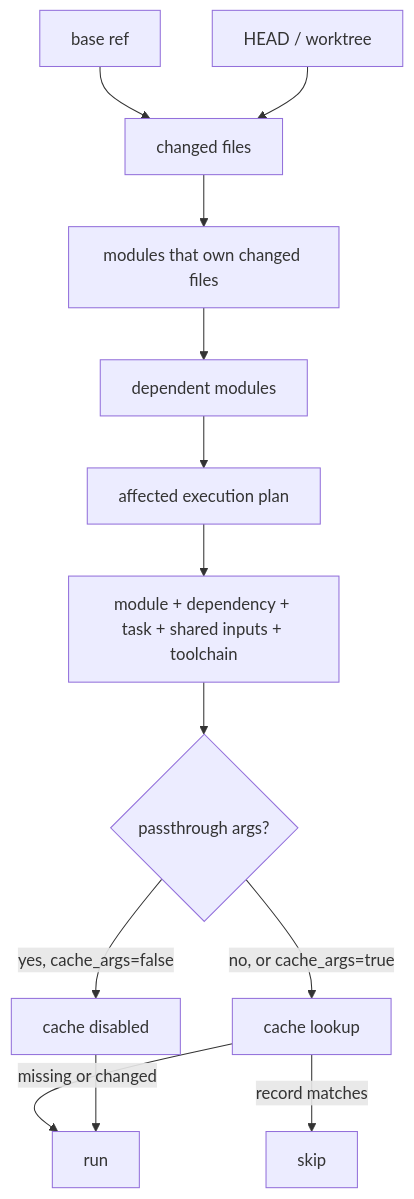
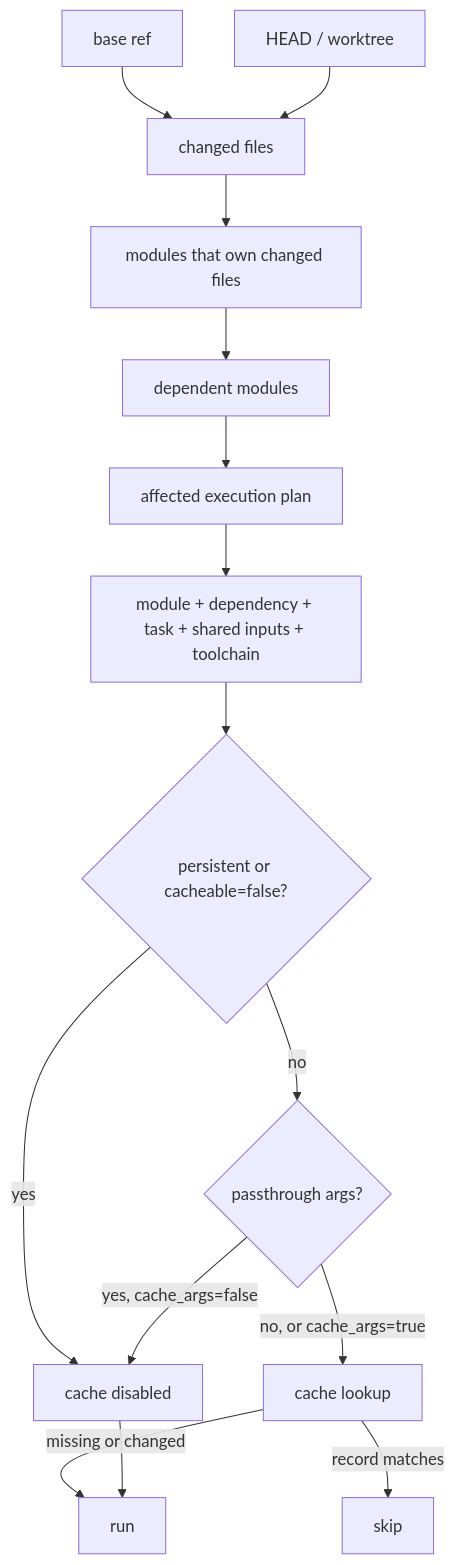
Before and after one commit to kbukum/toven: the third of 6 diagrams in docs/architecture.md, drawn with Mermaid. The commit also changed other lines of this file and 45 other files, not shown here.

````diff
--- a/docs/architecture.md
+++ b/docs/architecture.md
@@ -149,16 +151,18 @@
 ```mermaid
 flowchart TD
     Base["base ref"] --> Diff["changed files"]
     Worktree["HEAD / worktree"] --> Diff
     Diff --> Owners["modules that own changed files"]
     Owners --> Closure["dependent modules"]
     Closure --> Plan["affected execution plan"]
 
     Plan --> Inputs["module + dependency + task + shared inputs + toolchain"]
-    Inputs --> Args{"passthrough args?"}
-    Args -->|"yes, cache_args=false"| Disabled["cache disabled"]
+    Inputs --> Cacheable{"persistent or cacheable=false?"}
+    Cacheable -->|"yes"| Disabled["cache disabled"]
+    Cacheable -->|"no"| Args{"passthrough args?"}
+    Args -->|"yes, cache_args=false"| Disabled
     Args -->|"no, or cache_args=true"| Lookup["cache lookup"]
     Lookup -->|"record matches"| Hit["skip"]
     Lookup -->|"missing or changed"| Miss["run"]
     Disabled --> Miss
 ```
````
